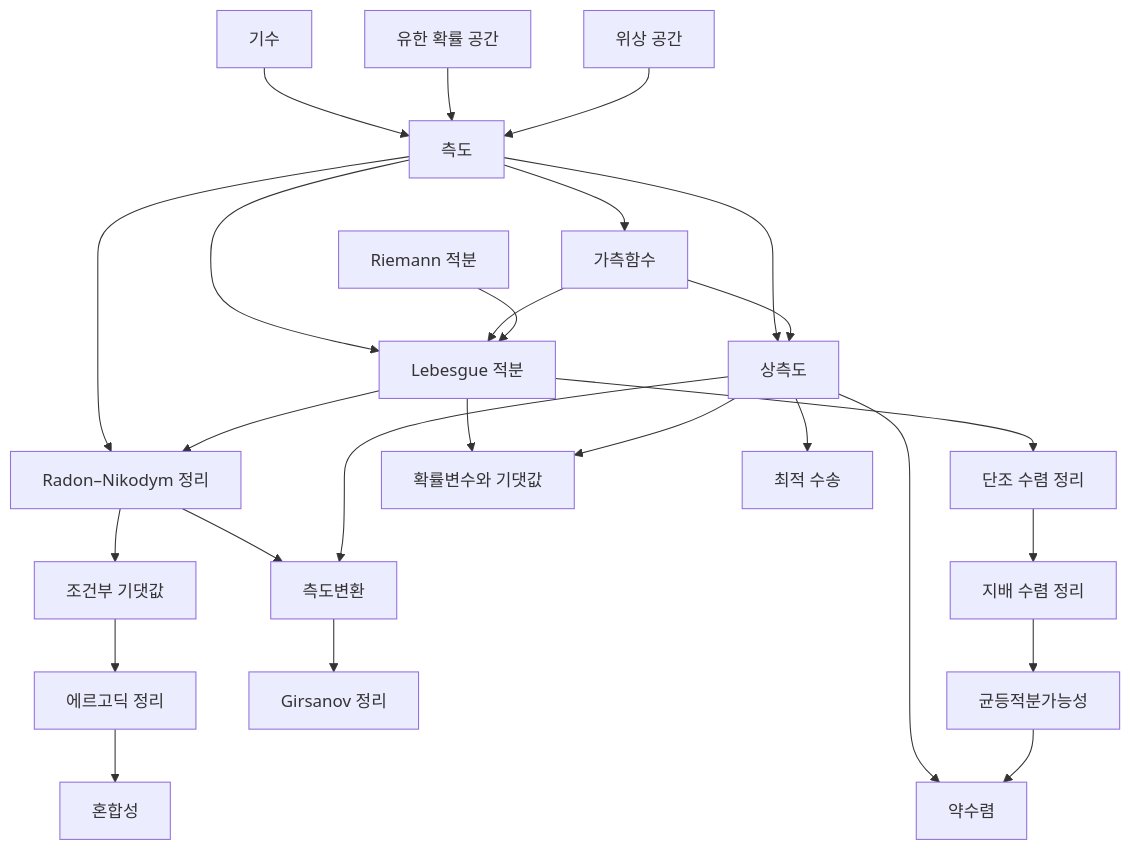
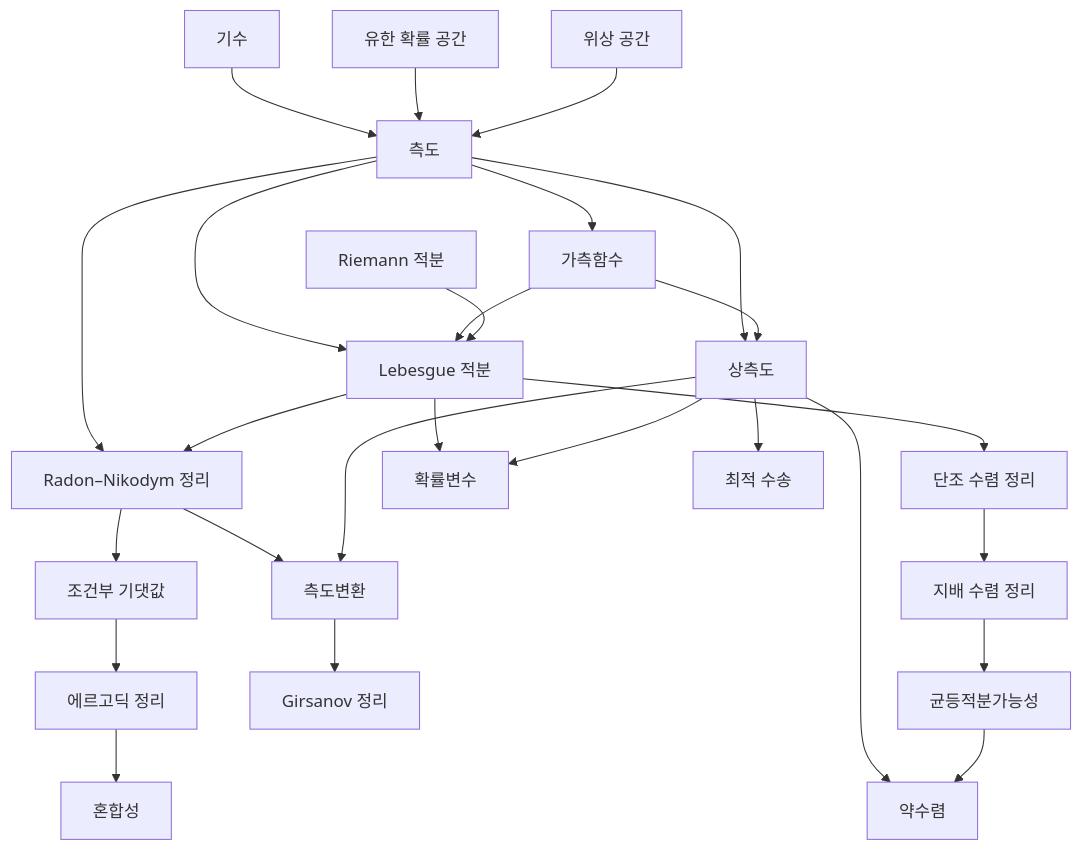
Before and after one commit to Phryxia/math-map: the diagram in docs/measure-theory-overview.md, drawn with Mermaid. The commit also changed other lines of this file, not shown here.

````diff
--- a/docs/measure-theory-overview.md
+++ b/docs/measure-theory-overview.md
@@ -13,28 +13,28 @@
 ```mermaid
 graph TD
   CA["기수"] --> ME["측도"]
   PR["유한 확률 공간"] --> ME
   TO["위상 공간"] --> ME
   ME --> MF["가측함수"]
   ME --> LI["Lebesgue 적분"]
   MF --> LI
   RI["Riemann 적분"] --> LI
   ME --> PM["상측도"]
   MF --> PM
   ME --> RN["Radon–Nikodym 정리"]
   LI --> RN
   LI --> MC["단조 수렴 정리"]
   MC --> DC["지배 수렴 정리"]
   DC --> UI["균등적분가능성"]
-  LI --> RV["확률변수와 기댓값"]
+  LI --> RV["확률변수"]
   PM --> RV
   PM --> WC["약수렴"]
   UI --> WC
   PM --> OT["최적 수송"]
   RN --> CM["측도변환"]
   PM --> CM
   RN --> CE["조건부 기댓값"]
   CM --> GS["Girsanov 정리"]
   CE --> ET["에르고딕 정리"]
   ET --> MX["혼합성"]
 ```
````
